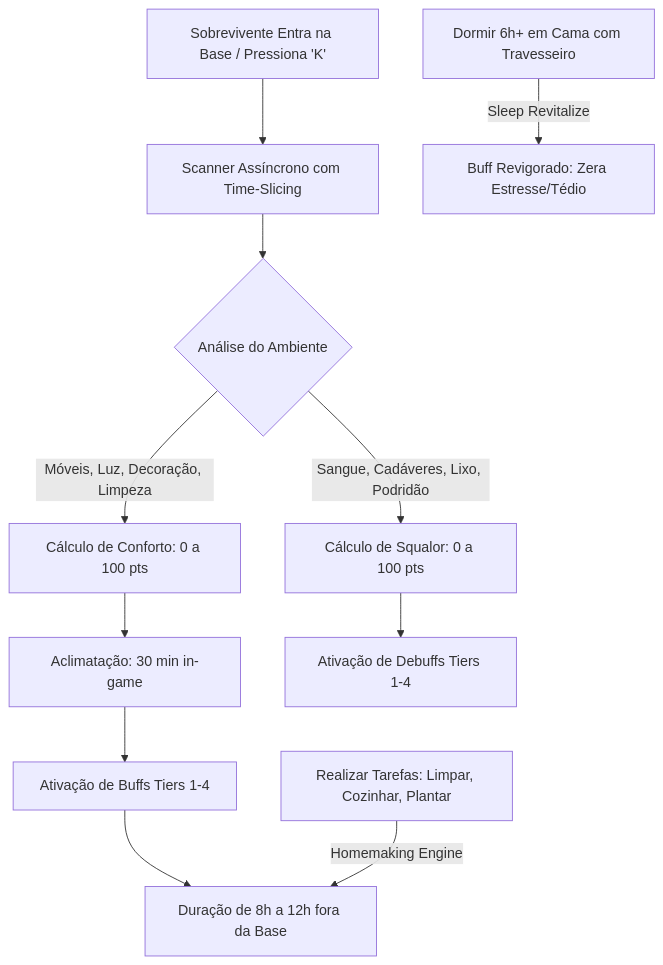
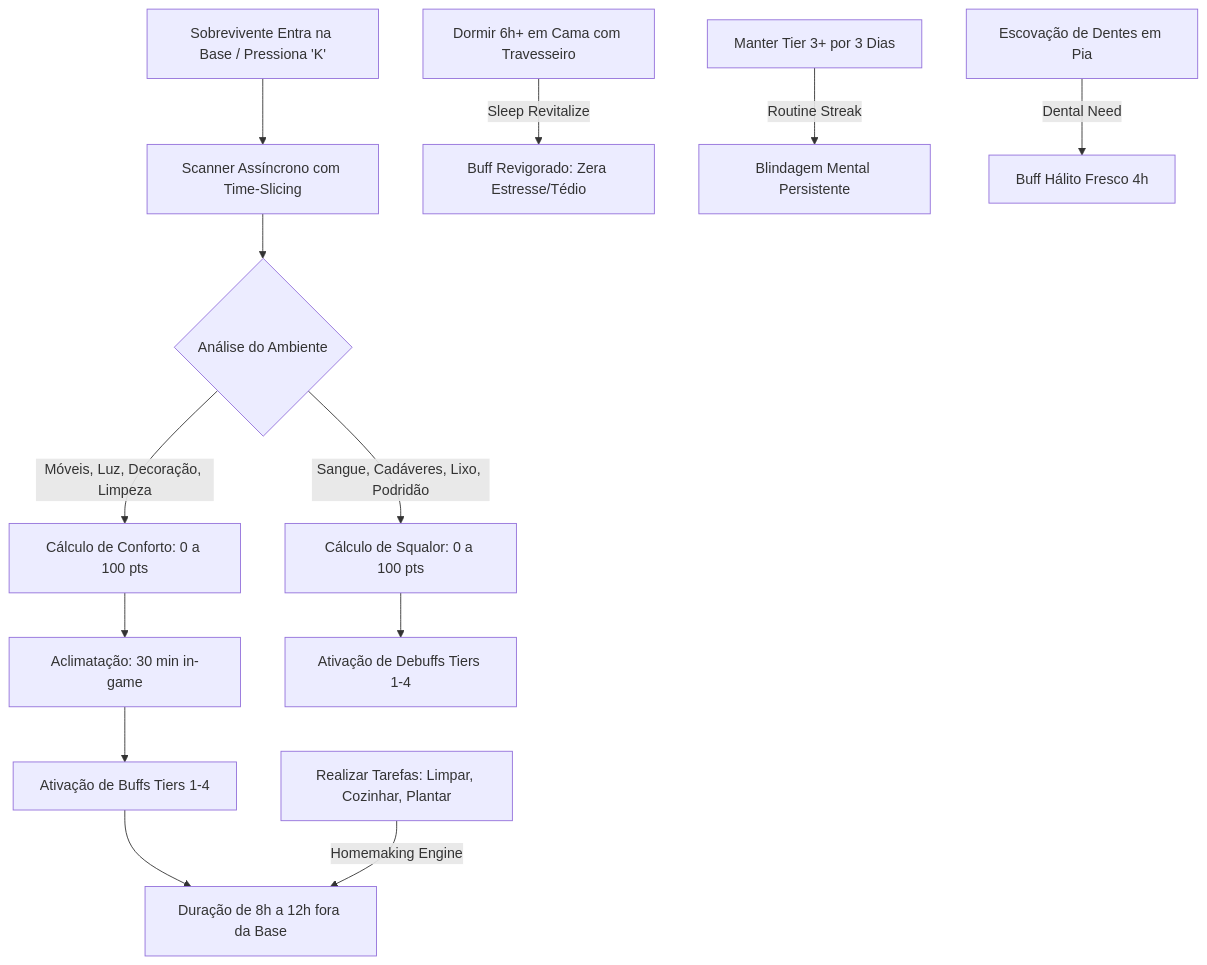
The diagram in README.md (pauloviccs/viccs_ProjectZomboid), drawn with Mermaid before and after one commit. The commit also changed other lines of this file and 2 other files, not shown here.

````diff
--- a/README.md
+++ b/README.md
@@ -73,13 +84,15 @@
 ```mermaid
 flowchart TD
     A[Sobrevivente Entra na Base / Pressiona 'K'] --> B[Scanner Assíncrono com Time-Slicing]
     B --> C{Análise do Ambiente}
     C -->|Móveis, Luz, Decoração, Limpeza| D[Cálculo de Conforto: 0 a 100 pts]
     C -->|Sangue, Cadáveres, Lixo, Podridão| E[Cálculo de Squalor: 0 a 100 pts]
     D --> F[Aclimatação: 30 min in-game]
     F --> G[Ativação de Buffs Tiers 1-4]
     E --> H[Ativação de Debuffs Tiers 1-4]
     G --> I[Duração de 8h a 12h fora da Base]
     J[Realizar Tarefas: Limpar, Cozinhar, Plantar] -->|Homemaking Engine| I
     K[Dormir 6h+ em Cama com Travesseiro] -->|Sleep Revitalize| L[Buff Revigorado: Zera Estresse/Tédio]
+    M[Manter Tier 3+ por 3 Dias] -->|Routine Streak| N[Blindagem Mental Persistente]
+    O[Escovação de Dentes em Pia] -->|Dental Need| P[Buff Hálito Fresco 4h]
 ```
````
